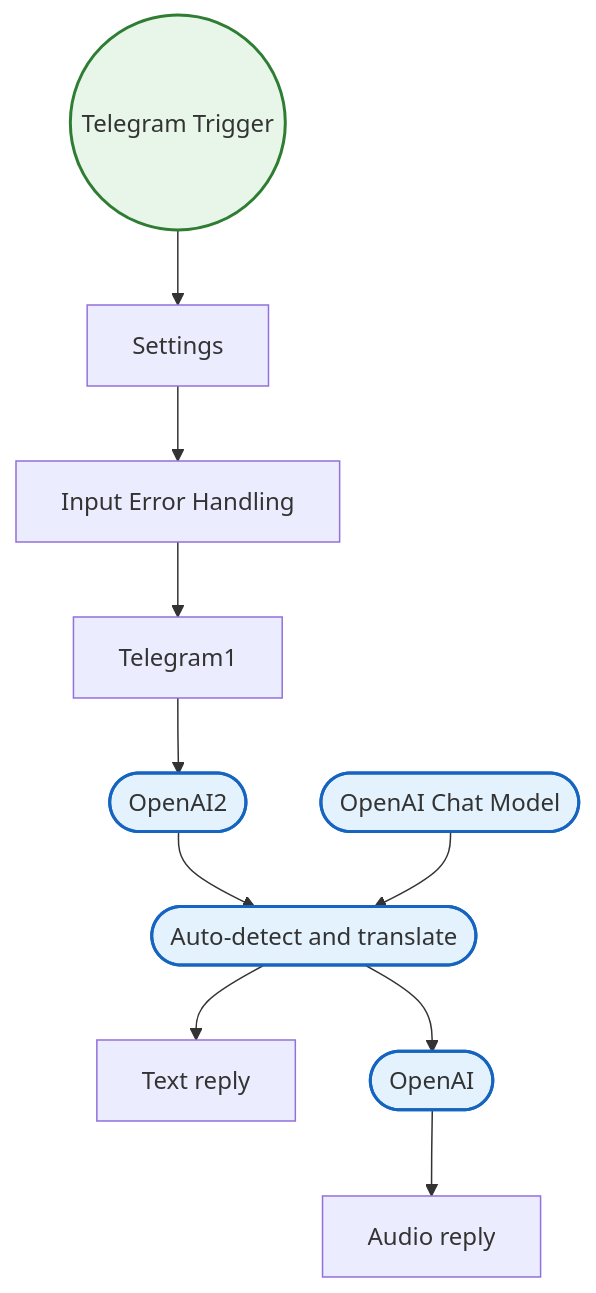
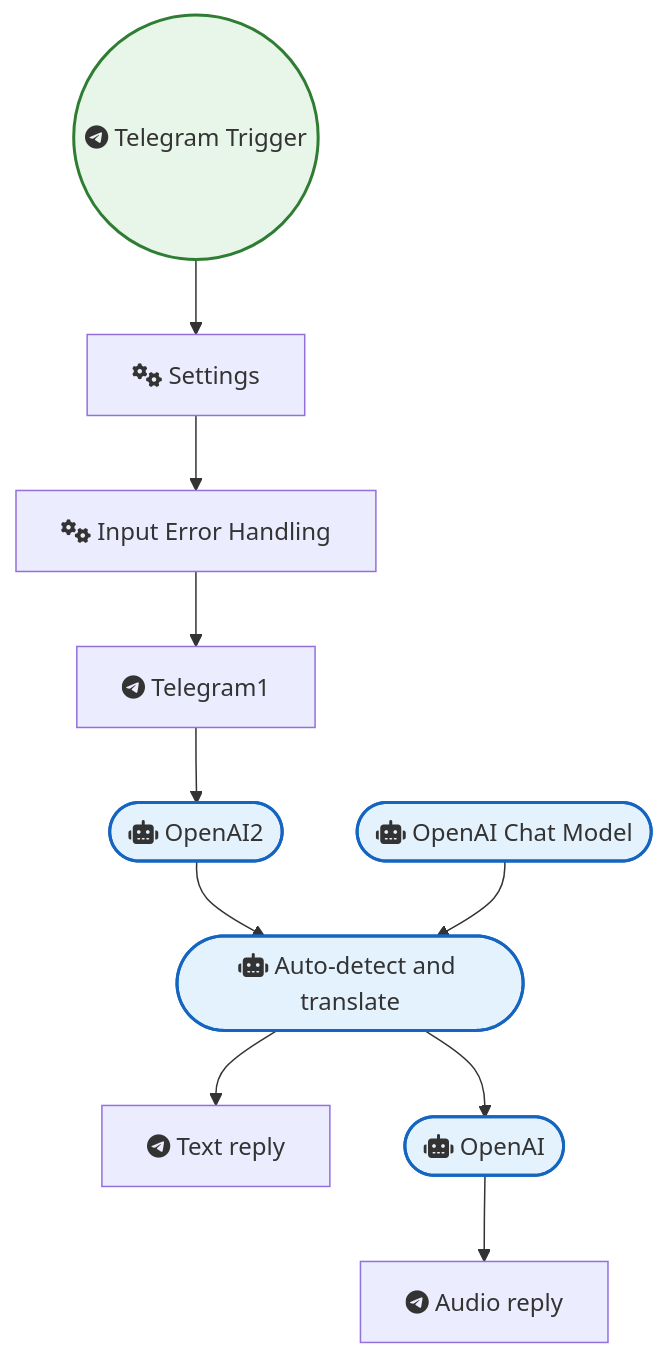
The diagram in Telegram/Translate Telegram Audio Messages with Ai 55 Supported Languages V1.md (sreyash3105/N8N-DEMO-AUTOMATIONS), drawn with Mermaid before and after one commit. The commit also changed 291 other files, not shown here.

````diff
--- a/Telegram/Translate Telegram Audio Messages with Ai 55 Supported Languages V1.md
+++ b/Telegram/Translate Telegram Audio Messages with Ai 55 Supported Languages V1.md
@@ -1,27 +1,27 @@
 ```mermaid
 graph TD
     classDef trigger fill:#e8f5e9,stroke:#2e7d32,stroke-width:2px;
     classDef ai fill:#e3f2fd,stroke:#1565c0,stroke-width:2px;
     classDef logic fill:#fff3e0,stroke:#ef6c00,stroke-width:2px;
 
-    Telegram_Trigger(("Telegram Trigger")):::trigger
-    Text_reply["Text reply"]
-    Telegram1["Telegram1"]
-    OpenAI_Chat_Model(["OpenAI Chat Model"]):::ai
-    Input_Error_Handling["Input Error Handling"]
-    Settings["Settings"]
-    Auto_detect_and_translate(["Auto-detect and translate"]):::ai
-    Audio_reply["Audio reply"]
-    OpenAI2(["OpenAI2"]):::ai
-    OpenAI(["OpenAI"]):::ai
+    Telegram_Trigger(("fab:fa-telegram Telegram Trigger")):::trigger
+    Text_reply["fab:fa-telegram Text reply"]
+    Telegram1["fab:fa-telegram Telegram1"]
+    OpenAI_Chat_Model(["fas:fa-robot OpenAI Chat Model"]):::ai
+    Input_Error_Handling["fas:fa-cogs Input Error Handling"]
+    Settings["fas:fa-cogs Settings"]
+    Auto_detect_and_translate(["fas:fa-robot Auto-detect and translate"]):::ai
+    Audio_reply["fab:fa-telegram Audio reply"]
+    OpenAI2(["fas:fa-robot OpenAI2"]):::ai
+    OpenAI(["fas:fa-robot OpenAI"]):::ai
 
     OpenAI --> Audio_reply
     OpenAI2 --> Auto_detect_and_translate
     Settings --> Input_Error_Handling
     Telegram1 --> OpenAI2
     Telegram_Trigger --> Settings
     OpenAI_Chat_Model --> Auto_detect_and_translate
     Input_Error_Handling --> Telegram1
     Auto_detect_and_translate --> Text_reply
     Auto_detect_and_translate --> OpenAI
 ```
````
